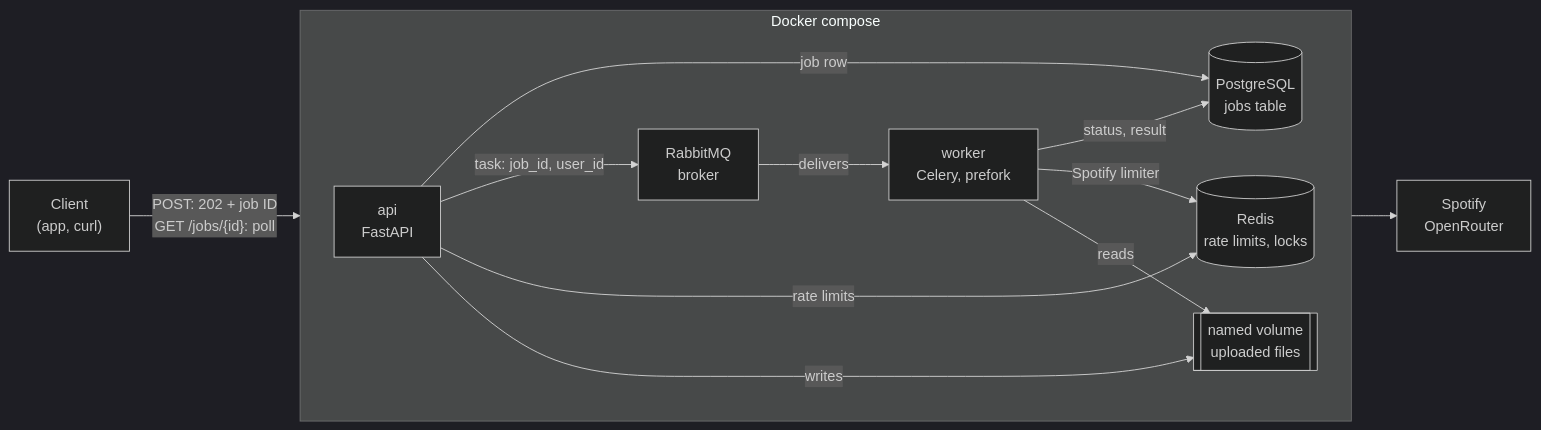
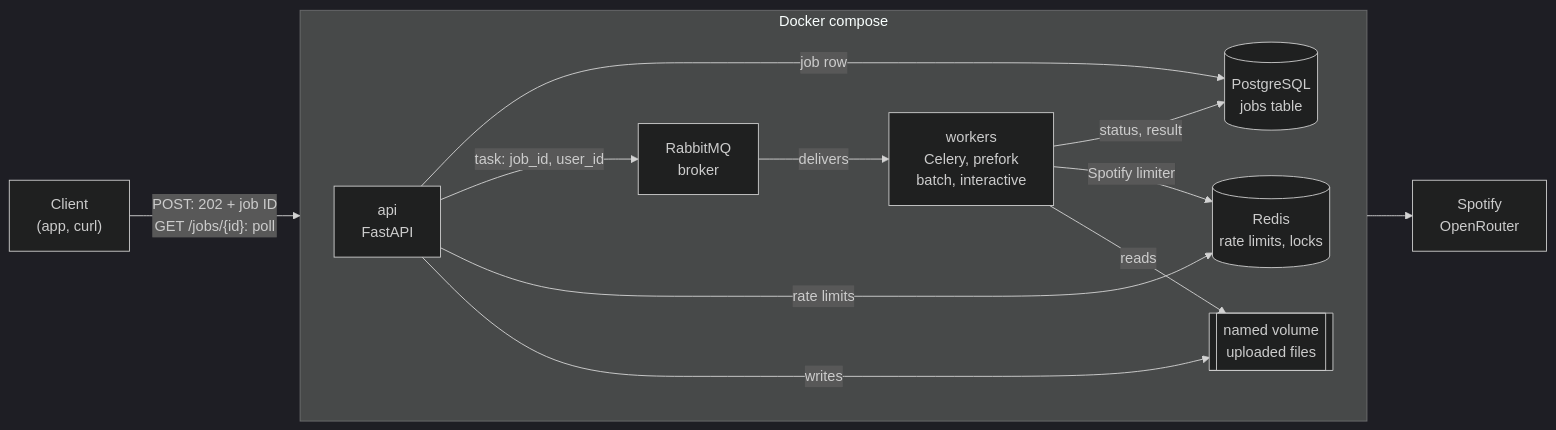
Before and after one commit to ychab/museflow: the first of 3 diagrams in docs/technical/api-and-workers.md, drawn with Mermaid (dark theme). The commit also changed other lines of this file and 7 other files, not shown here.

First line of the commit message:
feat(worker): split the tasks into a batch and an interactive queue

````diff
--- a/docs/technical/api-and-workers.md
+++ b/docs/technical/api-and-workers.md
@@ -19,25 +19,25 @@
 ```mermaid
 flowchart LR
     CLIENT["Client<br/>(app, curl)"]
     subgraph RUN["Docker compose"]
         direction LR
         API["api<br/>FastAPI"]
         MQ["RabbitMQ<br/>broker"]
-        WK["worker<br/>Celery, prefork"]
+        WK["workers<br/>Celery, prefork<br/>batch, interactive"]
         PG[("PostgreSQL<br/>jobs table")]
         RD[("Redis<br/>rate limits, locks")]
         VOL[["named volume<br/>uploaded files"]]
     end
     EXT["Spotify<br/>OpenRouter"]
 
     CLIENT -- "POST: 202 + job ID<br/>GET /jobs/{id}: poll" --> API
     API -- "job row" --> PG
     API -- "task: job_id, user_id" --> MQ
     MQ -- "delivers" --> WK
     WK -- "status, result" --> PG
     API -- "rate limits" --> RD
     WK -- "Spotify limiter" --> RD
     API -- "writes" --> VOL
     WK -- "reads" --> VOL
     WK --> EXT
 ```
````
